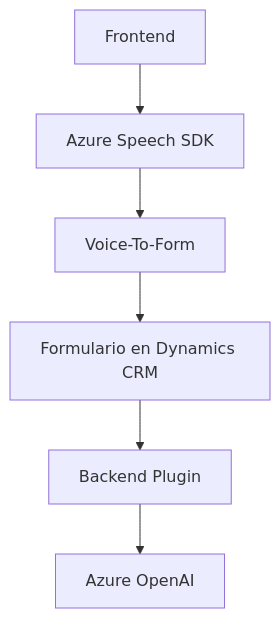
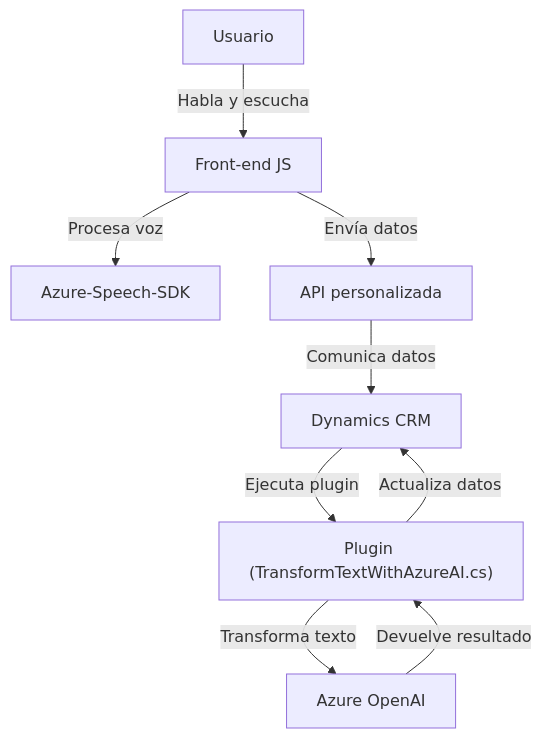
The diagram in README.md (blopezdm/NETCORE_BILBAO2025), drawn with Mermaid before and after one commit. The commit also changed other lines of this file, not shown here.

````diff
--- a/README.md
+++ b/README.md
@@ -40,14 +53,19 @@
 ```mermaid
 graph TD
-    A["Frontend"]
-    B["Azure Speech SDK"]
-    C["Voice-To-Form"]
-    D["Formulario en Dynamics CRM"]
-    E["Backend Plugin"]
-    F["Azure OpenAI"]
-    A-->B
-    B-->C
-    C-->D
-    D-->E
-    E-->F
+    A["Usuario"]
+    B["Front-end JS"]
+    C["Azure-Speech-SDK"]
+    D["API personalizada"]
+    E["Dynamics CRM"]
+    F["Plugin (TransformTextWithAzureAI.cs)"]
+    G["Azure OpenAI"]
+    
+    A -->|Habla y escucha| B
+    B -->|Procesa voz| C
+    B -->|Envía datos| D
+    D -->|Comunica datos| E
+    E -->|Ejecuta plugin| F
+    F -->|Transforma texto| G
+    G -->|Devuelve resultado| F
+    F -->|Actualiza datos| E
 ```
````
